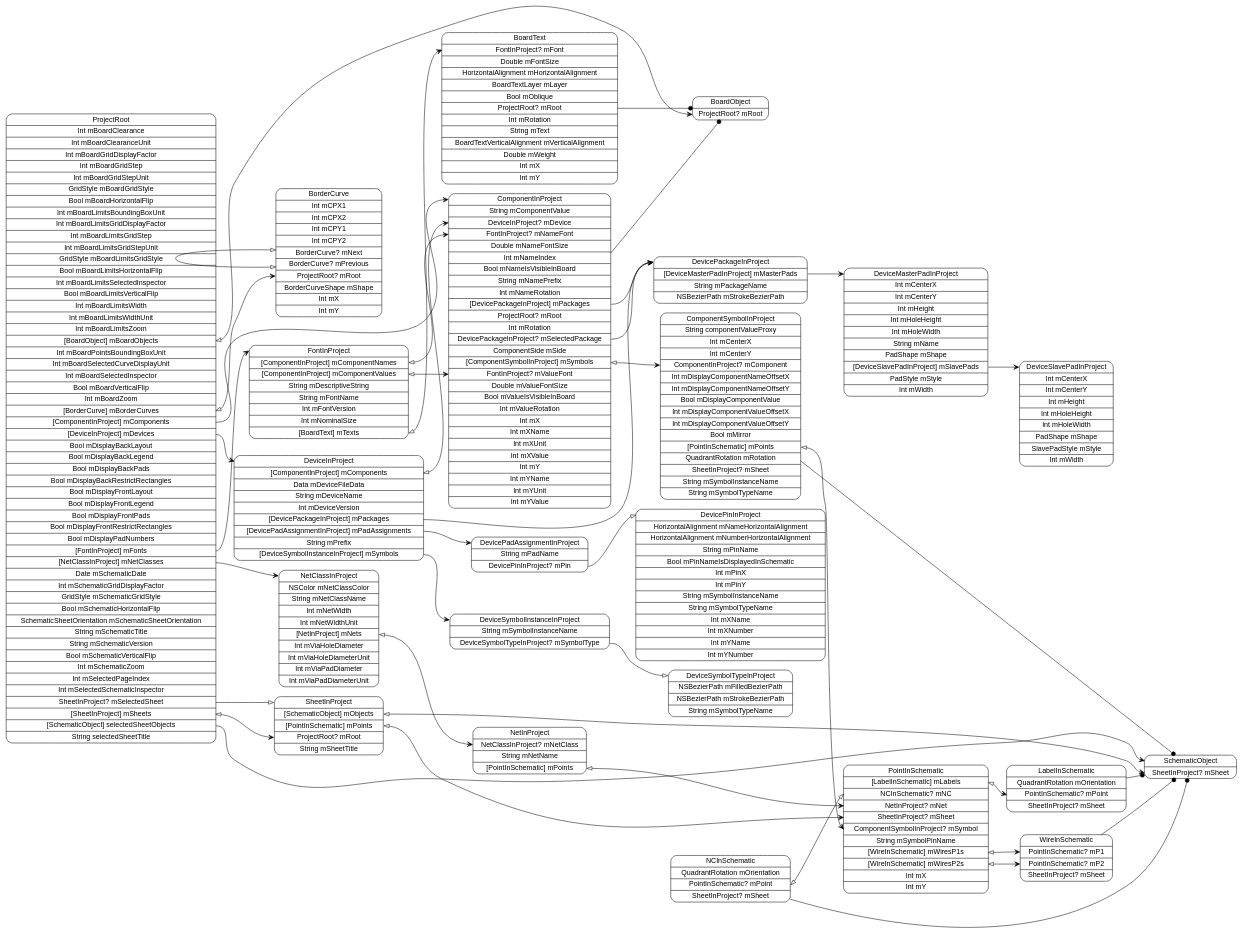
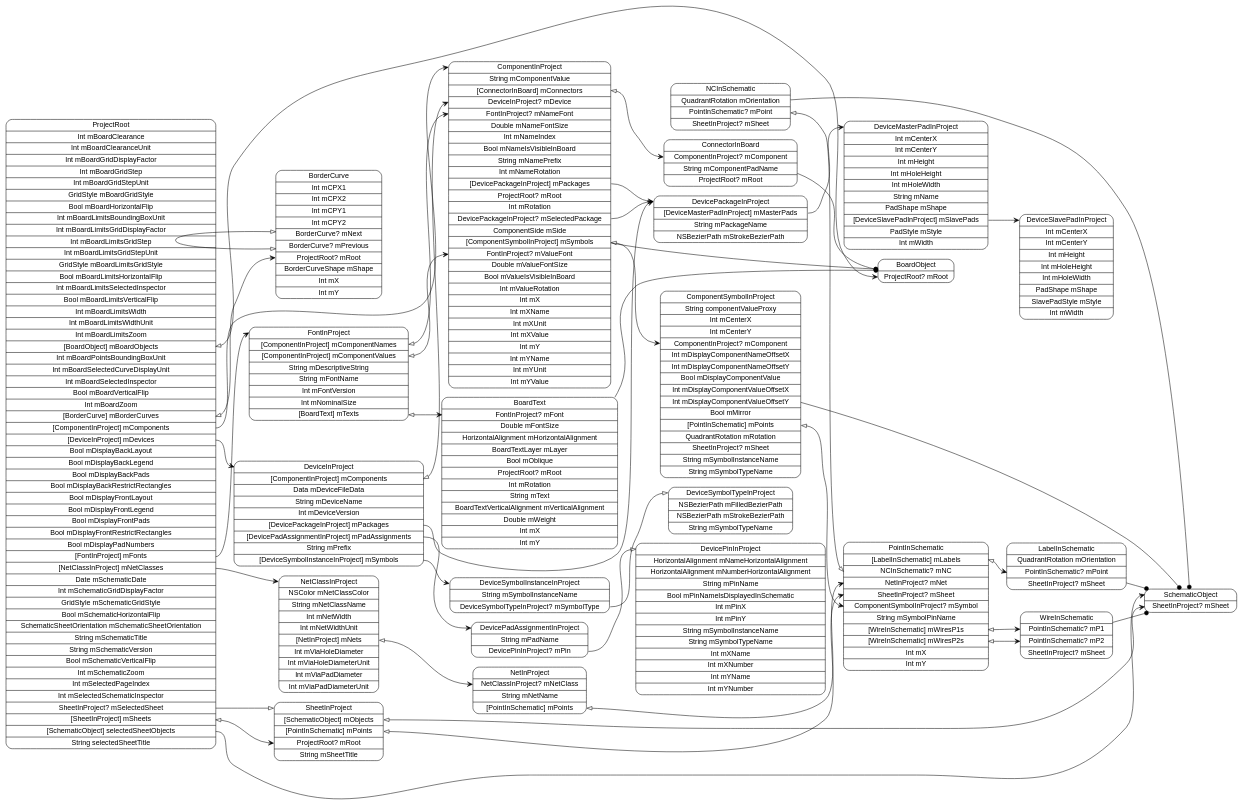
The diagram in models/ProjectRoot.dot (pierremolinaro/ElCanari-dev), drawn with Graphviz before and after one commit. The commit also changed 29 other files, not shown here.

Commit message:
Début ConnectorInBoard

```diff
--- a/models/ProjectRoot.dot
+++ b/models/ProjectRoot.dot
@@ -1,66 +1,69 @@
 digraph G {
   rankdir=LR ;
   node [shape=record fontname=helvetica style=rounded] ;
   ProjectRoot[label="<ProjectRoot>ProjectRoot|Int mBoardClearance|Int mBoardClearanceUnit|Int mBoardGridDisplayFactor|Int mBoardGridStep|Int mBoardGridStepUnit|GridStyle mBoardGridStyle|Bool mBoardHorizontalFlip|Int mBoardLimitsBoundingBoxUnit|Int mBoardLimitsGridDisplayFactor|Int mBoardLimitsGridStep|Int mBoardLimitsGridStepUnit|GridStyle mBoardLimitsGridStyle|Bool mBoardLimitsHorizontalFlip|Int mBoardLimitsSelectedInspector|Bool mBoardLimitsVerticalFlip|Int mBoardLimitsWidth|Int mBoardLimitsWidthUnit|Int mBoardLimitsZoom|<mBoardObjects>[BoardObject] mBoardObjects|Int mBoardPointsBoundingBoxUnit|Int mBoardSelectedCurveDisplayUnit|Int mBoardSelectedInspector|Bool mBoardVerticalFlip|Int mBoardZoom|<mBorderCurves>[BorderCurve] mBorderCurves|<mComponents>[ComponentInProject] mComponents|<mDevices>[DeviceInProject] mDevices|Bool mDisplayBackLayout|Bool mDisplayBackLegend|Bool mDisplayBackPads|Bool mDisplayBackRestrictRectangles|Bool mDisplayFrontLayout|Bool mDisplayFrontLegend|Bool mDisplayFrontPads|Bool mDisplayFrontRestrictRectangles|Bool mDisplayPadNumbers|<mFonts>[FontInProject] mFonts|<mNetClasses>[NetClassInProject] mNetClasses|Date mSchematicDate|Int mSchematicGridDisplayFactor|GridStyle mSchematicGridStyle|Bool mSchematicHorizontalFlip|SchematicSheetOrientation mSchematicSheetOrientation|String mSchematicTitle|String mSchematicVersion|Bool mSchematicVerticalFlip|Int mSchematicZoom|Int mSelectedPageIndex|Int mSelectedSchematicInspector|<mSelectedSheet>SheetInProject? mSelectedSheet|<mSheets>[SheetInProject] mSheets|<selectedSheetObjects>[SchematicObject] selectedSheetObjects|String selectedSheetTitle"] ;
   SchematicObject[label="<SchematicObject>SchematicObject|<mSheet>SheetInProject? mSheet"] ;
   SheetInProject[label="<SheetInProject>SheetInProject|<mObjects>[SchematicObject] mObjects|<mPoints>[PointInSchematic] mPoints|<mRoot>ProjectRoot? mRoot|String mSheetTitle"] ;
   PointInSchematic[label="<PointInSchematic>PointInSchematic|<mLabels>[LabelInSchematic] mLabels|<mNC>NCInSchematic? mNC|<mNet>NetInProject? mNet|<mSheet>SheetInProject? mSheet|<mSymbol>ComponentSymbolInProject? mSymbol|String mSymbolPinName|<mWiresP1s>[WireInSchematic] mWiresP1s|<mWiresP2s>[WireInSchematic] mWiresP2s|Int mX|Int mY"] ;
   WireInSchematic[label="<WireInSchematic>WireInSchematic|<mP1>PointInSchematic? mP1|<mP2>PointInSchematic? mP2|<mSheet>SheetInProject? mSheet"] ;
   NCInSchematic[label="<NCInSchematic>NCInSchematic|QuadrantRotation mOrientation|<mPoint>PointInSchematic? mPoint|<mSheet>SheetInProject? mSheet"] ;
   LabelInSchematic[label="<LabelInSchematic>LabelInSchematic|QuadrantRotation mOrientation|<mPoint>PointInSchematic? mPoint|<mSheet>SheetInProject? mSheet"] ;
   NetClassInProject[label="<NetClassInProject>NetClassInProject|NSColor mNetClassColor|String mNetClassName|Int mNetWidth|Int mNetWidthUnit|<mNets>[NetInProject] mNets|Int mViaHoleDiameter|Int mViaHoleDiameterUnit|Int mViaPadDiameter|Int mViaPadDiameterUnit"] ;
   NetInProject[label="<NetInProject>NetInProject|<mNetClass>NetClassInProject? mNetClass|String mNetName|<mPoints>[PointInSchematic] mPoints"] ;
   FontInProject[label="<FontInProject>FontInProject|<mComponentNames>[ComponentInProject] mComponentNames|<mComponentValues>[ComponentInProject] mComponentValues|String mDescriptiveString|String mFontName|Int mFontVersion|Int mNominalSize|<mTexts>[BoardText] mTexts"] ;
   BoardText[label="<BoardText>BoardText|<mFont>FontInProject? mFont|Double mFontSize|HorizontalAlignment mHorizontalAlignment|BoardTextLayer mLayer|Bool mOblique|<mRoot>ProjectRoot? mRoot|Int mRotation|String mText|BoardTextVerticalAlignment mVerticalAlignment|Double mWeight|Int mX|Int mY"] ;
   DeviceInProject[label="<DeviceInProject>DeviceInProject|<mComponents>[ComponentInProject] mComponents|Data mDeviceFileData|String mDeviceName|Int mDeviceVersion|<mPackages>[DevicePackageInProject] mPackages|<mPadAssignments>[DevicePadAssignmentInProject] mPadAssignments|String mPrefix|<mSymbols>[DeviceSymbolInstanceInProject] mSymbols"] ;
   DeviceSymbolInstanceInProject[label="<DeviceSymbolInstanceInProject>DeviceSymbolInstanceInProject|String mSymbolInstanceName|<mSymbolType>DeviceSymbolTypeInProject? mSymbolType"] ;
   DeviceSymbolTypeInProject[label="<DeviceSymbolTypeInProject>DeviceSymbolTypeInProject|NSBezierPath mFilledBezierPath|NSBezierPath mStrokeBezierPath|String mSymbolTypeName"] ;
   DevicePadAssignmentInProject[label="<DevicePadAssignmentInProject>DevicePadAssignmentInProject|String mPadName|<mPin>DevicePinInProject? mPin"] ;
   DevicePinInProject[label="<DevicePinInProject>DevicePinInProject|HorizontalAlignment mNameHorizontalAlignment|HorizontalAlignment mNumberHorizontalAlignment|String mPinName|Bool mPinNameIsDisplayedInSchematic|Int mPinX|Int mPinY|String mSymbolInstanceName|String mSymbolTypeName|Int mXName|Int mXNumber|Int mYName|Int mYNumber"] ;
   DevicePackageInProject[label="<DevicePackageInProject>DevicePackageInProject|<mMasterPads>[DeviceMasterPadInProject] mMasterPads|String mPackageName|NSBezierPath mStrokeBezierPath"] ;
   DeviceMasterPadInProject[label="<DeviceMasterPadInProject>DeviceMasterPadInProject|Int mCenterX|Int mCenterY|Int mHeight|Int mHoleHeight|Int mHoleWidth|String mName|PadShape mShape|<mSlavePads>[DeviceSlavePadInProject] mSlavePads|PadStyle mStyle|Int mWidth"] ;
   DeviceSlavePadInProject[label="<DeviceSlavePadInProject>DeviceSlavePadInProject|Int mCenterX|Int mCenterY|Int mHeight|Int mHoleHeight|Int mHoleWidth|PadShape mShape|SlavePadStyle mStyle|Int mWidth"] ;
-  ComponentInProject[label="<ComponentInProject>ComponentInProject|String mComponentValue|<mDevice>DeviceInProject? mDevice|<mNameFont>FontInProject? mNameFont|Double mNameFontSize|Int mNameIndex|Bool mNameIsVisibleInBoard|String mNamePrefix|Int mNameRotation|<mPackages>[DevicePackageInProject] mPackages|<mRoot>ProjectRoot? mRoot|Int mRotation|<mSelectedPackage>DevicePackageInProject? mSelectedPackage|ComponentSide mSide|<mSymbols>[ComponentSymbolInProject] mSymbols|<mValueFont>FontInProject? mValueFont|Double mValueFontSize|Bool mValueIsVisibleInBoard|Int mValueRotation|Int mX|Int mXName|Int mXUnit|Int mXValue|Int mY|Int mYName|Int mYUnit|Int mYValue"] ;
+  ComponentInProject[label="<ComponentInProject>ComponentInProject|String mComponentValue|<mConnectors>[ConnectorInBoard] mConnectors|<mDevice>DeviceInProject? mDevice|<mNameFont>FontInProject? mNameFont|Double mNameFontSize|Int mNameIndex|Bool mNameIsVisibleInBoard|String mNamePrefix|Int mNameRotation|<mPackages>[DevicePackageInProject] mPackages|<mRoot>ProjectRoot? mRoot|Int mRotation|<mSelectedPackage>DevicePackageInProject? mSelectedPackage|ComponentSide mSide|<mSymbols>[ComponentSymbolInProject] mSymbols|<mValueFont>FontInProject? mValueFont|Double mValueFontSize|Bool mValueIsVisibleInBoard|Int mValueRotation|Int mX|Int mXName|Int mXUnit|Int mXValue|Int mY|Int mYName|Int mYUnit|Int mYValue"] ;
   ComponentSymbolInProject[label="<ComponentSymbolInProject>ComponentSymbolInProject|String componentValueProxy|Int mCenterX|Int mCenterY|<mComponent>ComponentInProject? mComponent|Int mDisplayComponentNameOffsetX|Int mDisplayComponentNameOffsetY|Bool mDisplayComponentValue|Int mDisplayComponentValueOffsetX|Int mDisplayComponentValueOffsetY|Bool mMirror|<mPoints>[PointInSchematic] mPoints|QuadrantRotation mRotation|<mSheet>SheetInProject? mSheet|String mSymbolInstanceName|String mSymbolTypeName"] ;
+  ConnectorInBoard[label="<ConnectorInBoard>ConnectorInBoard|<mComponent>ComponentInProject? mComponent|String mComponentPadName|<mRoot>ProjectRoot? mRoot"] ;
   BorderCurve[label="<BorderCurve>BorderCurve|Int mCPX1|Int mCPX2|Int mCPY1|Int mCPY2|<mNext>BorderCurve? mNext|<mPrevious>BorderCurve? mPrevious|<mRoot>ProjectRoot? mRoot|BorderCurveShape mShape|Int mX|Int mY"] ;
   BoardObject[label="<BoardObject>BoardObject|<mRoot>ProjectRoot? mRoot"] ;
   ProjectRoot:mBoardObjects -> BoardObject:mRoot [dir=both arrowtail=onormal arrowhead=vee] ;
   ProjectRoot:mBorderCurves -> BorderCurve:mRoot [dir=both arrowtail=onormal arrowhead=vee] ;
   ProjectRoot:mComponents -> ComponentInProject:ComponentInProject [dir=both arrowtail=none arrowhead=vee] ;
   ProjectRoot:mDevices -> DeviceInProject:DeviceInProject [dir=both arrowtail=none arrowhead=vee] ;
   ProjectRoot:mFonts -> FontInProject:FontInProject [dir=both arrowtail=none arrowhead=vee] ;
   ProjectRoot:mNetClasses -> NetClassInProject:NetClassInProject [dir=both arrowtail=none arrowhead=vee] ;
   ProjectRoot:mSelectedSheet -> SheetInProject:SheetInProject [dir=both arrowtail=none arrowhead=onormal] ;
   ProjectRoot:mSheets -> SheetInProject:mRoot [dir=both arrowtail=onormal arrowhead=vee] ;
   ProjectRoot:selectedSheetObjects -> SchematicObject:SchematicObject [dir=both arrowtail=none arrowhead=vee] ;
   SheetInProject:mObjects -> SchematicObject:mSheet [dir=both arrowtail=onormal arrowhead=vee] ;
   SheetInProject:mPoints -> PointInSchematic:mSheet [dir=both arrowtail=onormal arrowhead=vee] ;
   PointInSchematic:mLabels -> LabelInSchematic:mPoint [dir=both arrowtail=onormal arrowhead=vee] ;
   PointInSchematic:mWiresP1s -> WireInSchematic:mP1 [dir=both arrowtail=onormal arrowhead=vee] ;
   PointInSchematic:mWiresP2s -> WireInSchematic:mP2 [dir=both arrowtail=onormal arrowhead=vee] ;
   WireInSchematic -> SchematicObject [arrowhead=dot] ;
   NCInSchematic -> SchematicObject [arrowhead=dot] ;
   NCInSchematic:mPoint -> PointInSchematic:mNC [dir=both arrowtail=onormal arrowhead=onormal] ;
   LabelInSchematic -> SchematicObject [arrowhead=dot] ;
   NetClassInProject:mNets -> NetInProject:mNetClass [dir=both arrowtail=onormal arrowhead=vee] ;
   NetInProject:mPoints -> PointInSchematic:mNet [dir=both arrowtail=onormal arrowhead=vee] ;
   FontInProject:mComponentNames -> ComponentInProject:mNameFont [dir=both arrowtail=onormal arrowhead=vee] ;
   FontInProject:mComponentValues -> ComponentInProject:mValueFont [dir=both arrowtail=onormal arrowhead=vee] ;
   FontInProject:mTexts -> BoardText:mFont [dir=both arrowtail=onormal arrowhead=vee] ;
   BoardText -> BoardObject [arrowhead=dot] ;
   DeviceInProject:mComponents -> ComponentInProject:mDevice [dir=both arrowtail=onormal arrowhead=vee] ;
   DeviceInProject:mPackages -> DevicePackageInProject:DevicePackageInProject [dir=both arrowtail=none arrowhead=vee] ;
   DeviceInProject:mPadAssignments -> DevicePadAssignmentInProject:DevicePadAssignmentInProject [dir=both arrowtail=none arrowhead=vee] ;
   DeviceInProject:mSymbols -> DeviceSymbolInstanceInProject:DeviceSymbolInstanceInProject [dir=both arrowtail=none arrowhead=vee] ;
   DeviceSymbolInstanceInProject:mSymbolType -> DeviceSymbolTypeInProject:DeviceSymbolTypeInProject [dir=both arrowtail=none arrowhead=onormal] ;
   DevicePadAssignmentInProject:mPin -> DevicePinInProject:DevicePinInProject [dir=both arrowtail=none arrowhead=onormal] ;
   DevicePackageInProject:mMasterPads -> DeviceMasterPadInProject:DeviceMasterPadInProject [dir=both arrowtail=none arrowhead=vee] ;
   DeviceMasterPadInProject:mSlavePads -> DeviceSlavePadInProject:DeviceSlavePadInProject [dir=both arrowtail=none arrowhead=vee] ;
   ComponentInProject -> BoardObject [arrowhead=dot] ;
+  ComponentInProject:mConnectors -> ConnectorInBoard:mComponent [dir=both arrowtail=onormal arrowhead=vee] ;
   ComponentInProject:mPackages -> DevicePackageInProject:DevicePackageInProject [dir=both arrowtail=none arrowhead=vee] ;
   ComponentInProject:mSelectedPackage -> DevicePackageInProject:DevicePackageInProject [dir=both arrowtail=none arrowhead=onormal] ;
   ComponentInProject:mSymbols -> ComponentSymbolInProject:mComponent [dir=both arrowtail=onormal arrowhead=vee] ;
   ComponentSymbolInProject -> SchematicObject [arrowhead=dot] ;
   ComponentSymbolInProject:mPoints -> PointInSchematic:mSymbol [dir=both arrowtail=onormal arrowhead=vee] ;
+  ConnectorInBoard -> BoardObject [arrowhead=dot] ;
   BorderCurve:mPrevious -> BorderCurve:mNext [dir=both arrowtail=onormal arrowhead=onormal] ;
 }
```
